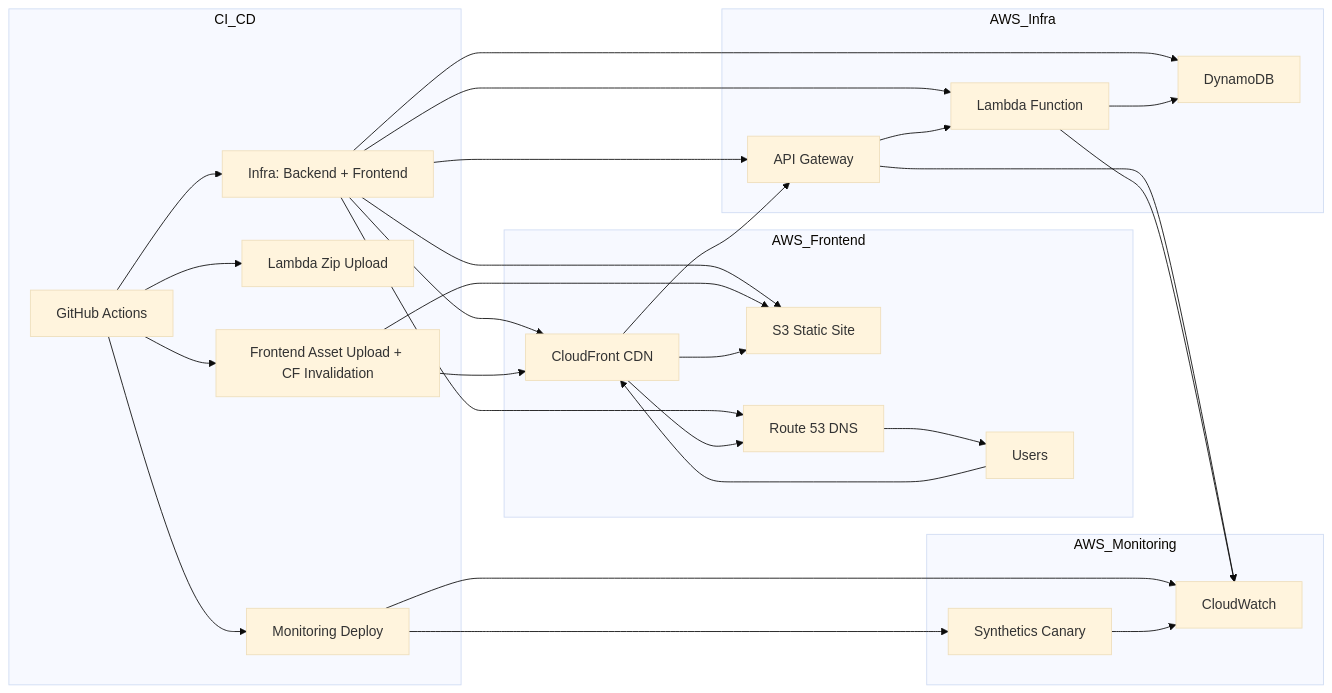
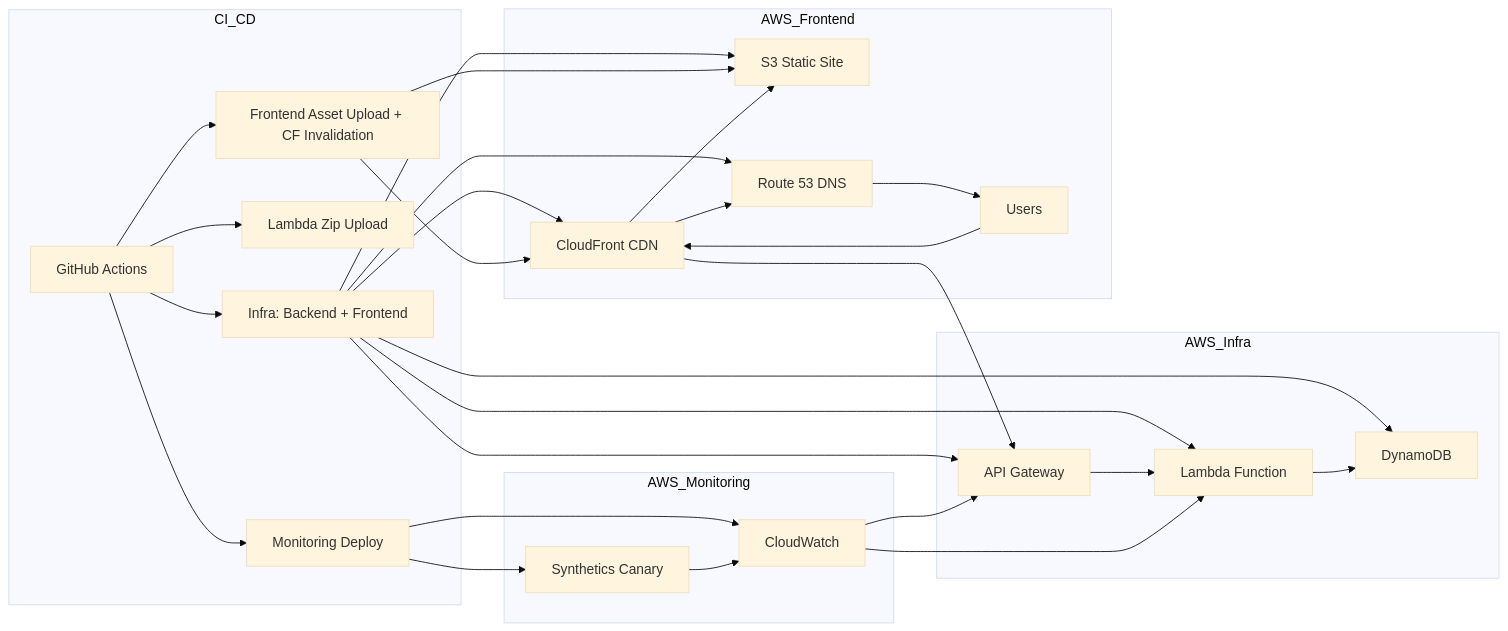
Before and after one commit to hybridmulticloud/overview: the sixth of 6 diagrams in README_9.md, drawn with Mermaid (base theme).

````diff
--- a/README_9.md
+++ b/README_9.md
@@ -142,40 +142,40 @@
 ```mermaid
 flowchart LR
   GH[GitHub Actions]
 
   subgraph CI_CD
     GH --> TF["Infra: Backend + Frontend"]
     GH --> LD["Lambda Zip Upload"]
     GH --> FD["Frontend Asset Upload + CF Invalidation"]
     GH --> MD["Monitoring Deploy"]
   end
 
   subgraph AWS_Infra
     TF --> APIGW["API Gateway"]
     TF --> Lambda["Lambda Function"]
     TF --> DynamoDB["DynamoDB"]
     APIGW --> Lambda
     Lambda --> DynamoDB
   end
 
   subgraph AWS_Frontend
     TF --> S3["S3 Static Site"]
     TF --> CF["CloudFront CDN"]
     TF --> Route53["Route 53 DNS"]
     FD --> S3
     FD --> CF
     CF --> S3
     CF --> APIGW
     CF --> Route53
     Route53 --> User["Users"]
     User --> CF
   end
 
   subgraph AWS_Monitoring
     MD --> Canary["Synthetics Canary"]
     MD --> CW["CloudWatch"]
     Canary --> CW
-    APIGW --> CW
-    Lambda --> CW
+    CW --> APIGW
+    CW --> Lambda
   end
 ```
````
